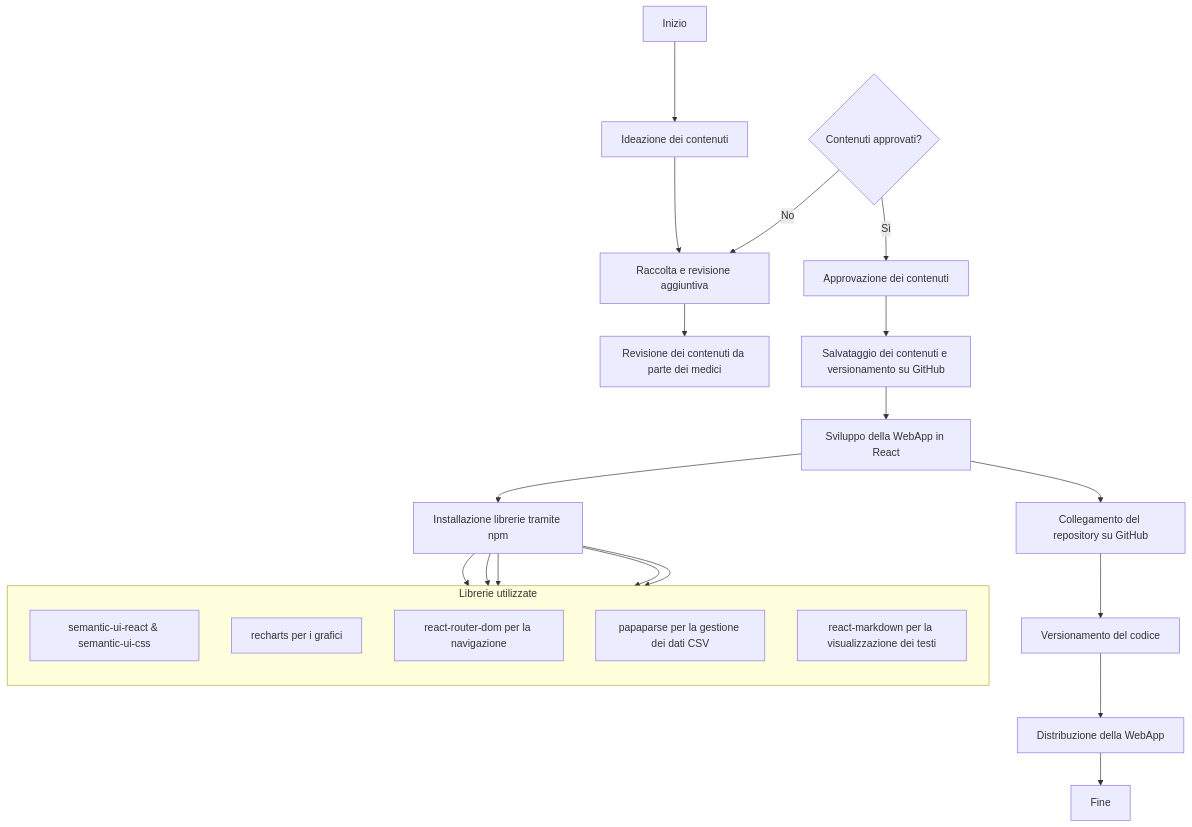
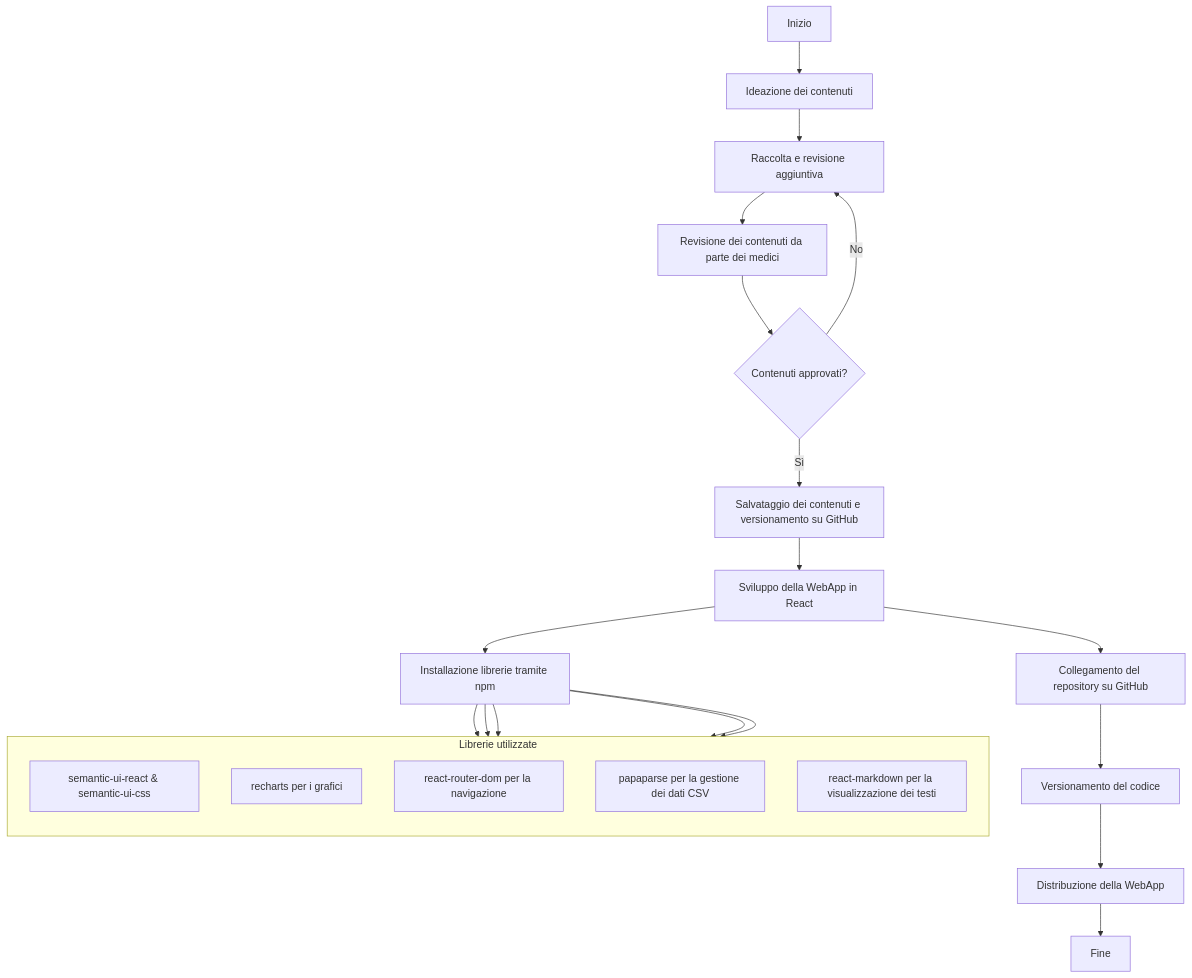
One commit to mauritiuss/health-dashboard changed the diagram in relazione esame/RelazioneProgettoEsame.md. Above: the diagram before and after it, drawn with Mermaid. The commit also changed other lines of this file, not shown here.

Commit message:
aggiornamento struttura relazione esame

````diff
--- a/relazione esame/RelazioneProgettoEsame.md
+++ b/relazione esame/RelazioneProgettoEsame.md
@@ -130,34 +130,33 @@
 ```mermaid
 graph TD
     A[Inizio] --> B[Ideazione dei contenuti]
     B --> C[Acquisizione automatica dei contenuti con GPT-4]
     C --> D[Revisione dei contenuti da parte dei medici]
 
     E{Contenuti approvati?}
-    E -->|Sì| F[Approvazione dei contenuti]
+    D --> E
+    E -->|Sì| F[Salvataggio dei contenuti e versionamento su GitHub]
     E -->|No| C[Raccolta e revisione aggiuntiva]
 
-    F --> G[Salvataggio dei contenuti e versionamento su GitHub]
-
-    G --> H[Sviluppo della WebApp in React]
-    H --> I[Installazione librerie tramite npm]
+    F --> G[Sviluppo della WebApp in React]
+    G --> H[Installazione librerie tramite npm]
 
     subgraph Librerie utilizzate
         direction TB
         I1[semantic-ui-react & semantic-ui-css]
         I2[recharts per i grafici]
         I3[react-router-dom per la navigazione]
         I4[papaparse per la gestione dei dati CSV]
         I5[react-markdown per la visualizzazione dei testi]
     end
-    I --> I1
-    I --> I2
-    I --> I3
-    I --> I4
-    I --> I5
+    H --> I1
+    H --> I2
+    H --> I3
+    H --> I4
+    H --> I5
 
-    H --> J[Collegamento del repository su GitHub]
+    G --> J[Collegamento del repository su GitHub]
     J --> K[Versionamento del codice]
     K --> L[Distribuzione della WebApp]
     L --> M[Fine]
 ```
````
